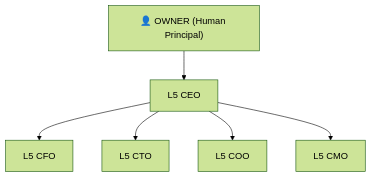
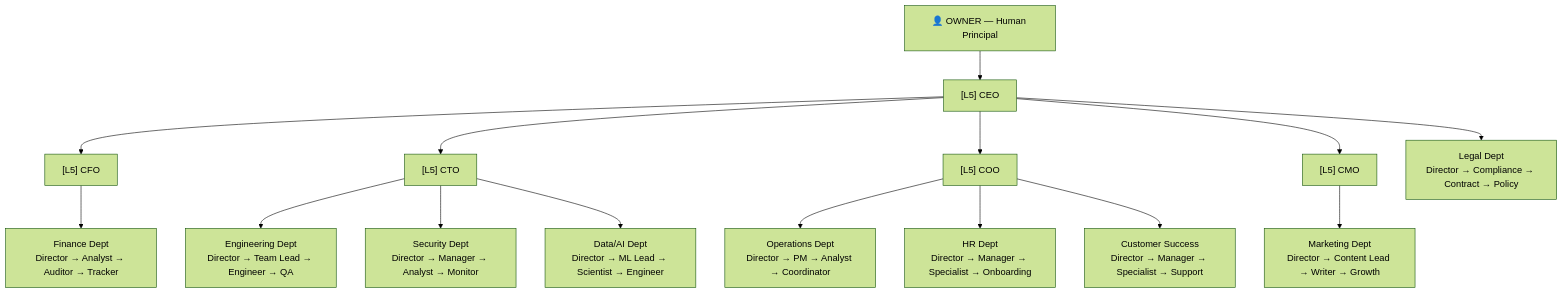
One commit to Arigitshub/CorpAI changed the diagram in README.md. Above: the diagram before and after it, drawn with Mermaid (forest theme). The commit also changed other lines of this file and 44 other files, not shown here.

````diff
--- a/README.md
+++ b/README.md
@@ -26,15 +30,22 @@
 ```mermaid
 graph TD
-    OWNER["👤 OWNER (Human Principal)"]
-    CEO["L5 CEO"]
-    CFO["L5 CFO"]
-    CTO["L5 CTO"]
-    COO["L5 COO"]
-    CMO["L5 CMO"]
+    OWNER["👤 OWNER — Human Principal"]
+    CEO["[L5] CEO"]
+    CFO["[L5] CFO"]
+    CTO["[L5] CTO"]
+    COO["[L5] COO"]
+    CMO["[L5] CMO"]
 
     OWNER --> CEO
-    CEO --> CFO
-    CEO --> CTO
-    CEO --> COO
-    CEO --> CMO
+    CEO --> CFO & CTO & COO & CMO
+
+    CFO --> Finance["Finance Dept\nDirector → Analyst → Auditor → Tracker"]
+    CTO --> Engineering["Engineering Dept\nDirector → Team Lead → Engineer → QA"]
+    CTO --> Security["Security Dept\nDirector → Manager → Analyst → Monitor"]
+    CTO --> DataAI["Data/AI Dept\nDirector → ML Lead → Scientist → Engineer"]
+    COO --> Operations["Operations Dept\nDirector → PM → Analyst → Coordinator"]
+    COO --> HR["HR Dept\nDirector → Manager → Specialist → Onboarding"]
+    COO --> CS["Customer Success\nDirector → Manager → Specialist → Support"]
+    CMO --> Marketing["Marketing Dept\nDirector → Content Lead → Writer → Growth"]
+    CEO --> Legal["Legal Dept\nDirector → Compliance → Contract → Policy"]
 ```
````
